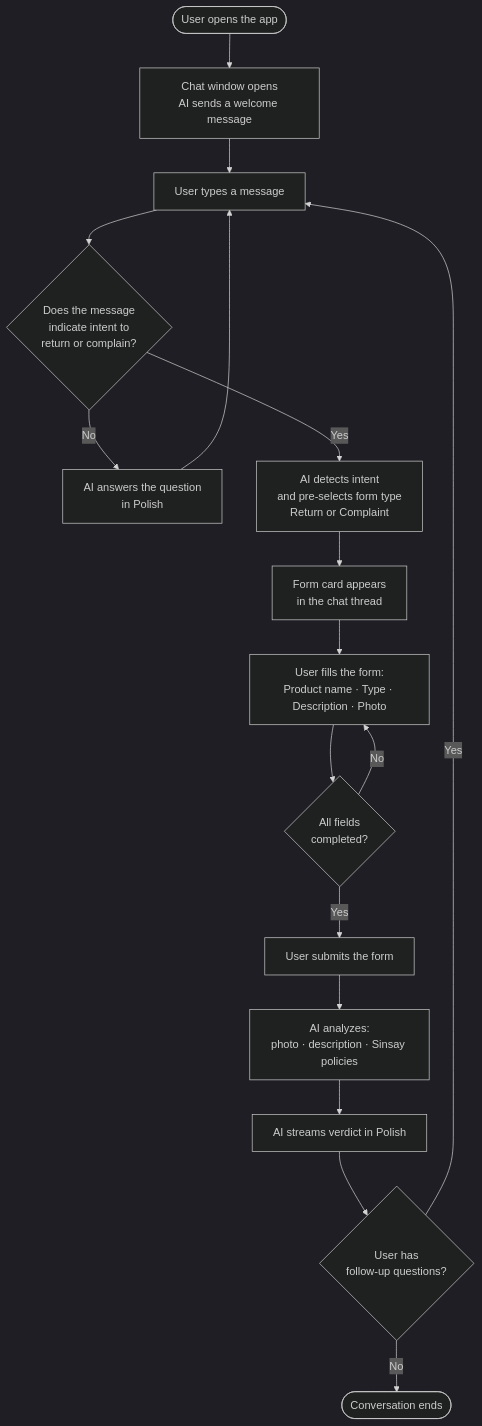
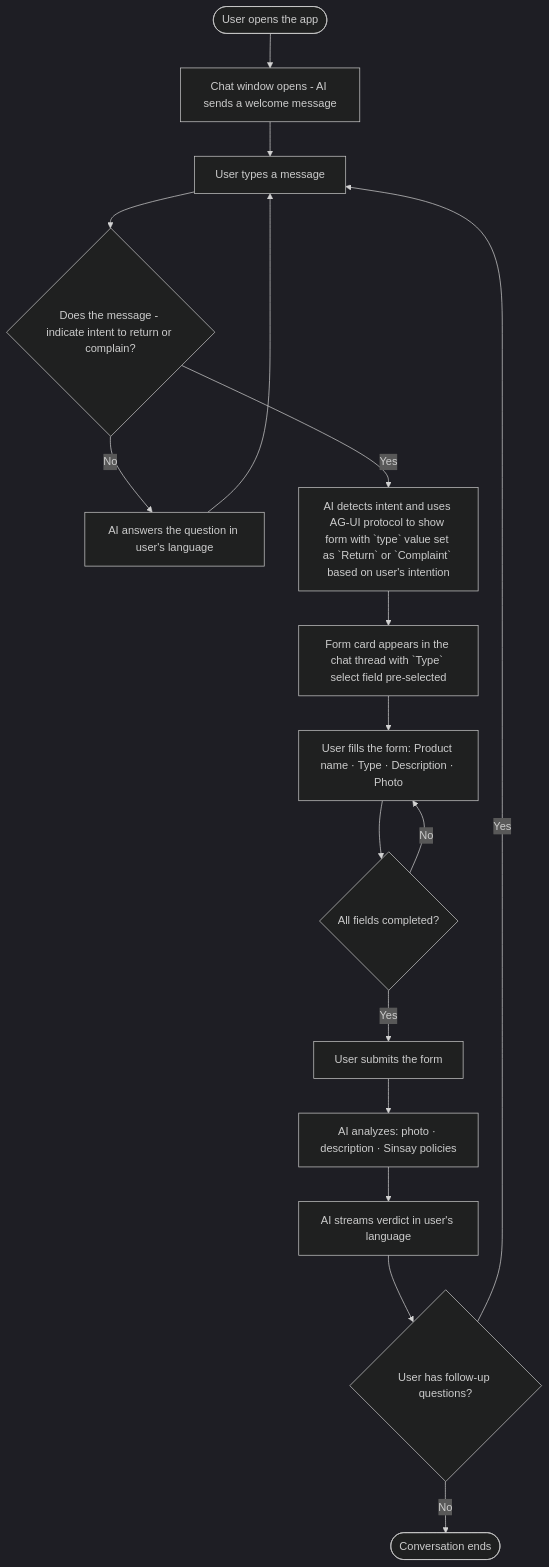
Before and after one commit to LucasMatuszewski/JSystems-SilkyCoders-1: the first of 3 diagrams in docs/PRD-Sinsay-PoC.md, drawn with Mermaid (dark theme). The commit also changed other lines of this file, not shown here.

Commit message:
PRD - fix details

````diff
--- a/docs/PRD-Sinsay-PoC.md
+++ b/docs/PRD-Sinsay-PoC.md
@@ -44,24 +44,19 @@
 ```mermaid
 flowchart TD
-    A([User opens the app]) --> B[Chat window opens\nAI sends a welcome message]
+    A([User opens the app]) --> B[Chat window opens - AI sends a welcome message]
     B --> C[User types a message]
-    C --> D{Does the message\nindicate intent to\nreturn or complain?}
-
-    D -- No --> E[AI answers the question\nin Polish]
+    C --> D{Does the message - indicate intent to return or complain?}
+    D -- No --> E[AI answers the question in user's language]
     E --> C
-
-    D -- Yes --> F[AI detects intent\nand pre-selects form type\nReturn or Complaint]
-    F --> G[Form card appears\nin the chat thread]
-
-    G --> H[User fills the form:\nProduct name · Type · Description · Photo]
-    H --> I{All fields\ncompleted?}
+    D -- Yes --> F[AI detects intent and uses AG-UI protocol to show form with `type` value set as `Return` or `Complaint` based on user's intention]
+    F --> G[Form card appears in the chat thread with `Type` select field pre-selected]
+    G --> H[User fills the form: Product name · Type · Description · Photo]
+    H --> I{All fields completed?}
     I -- No --> H
-
     I -- Yes --> J[User submits the form]
-    J --> K[AI analyzes:\nphoto · description · Sinsay policies]
-    K --> L[AI streams verdict in Polish]
-
-    L --> M{User has\nfollow-up questions?}
+    J --> K[AI analyzes: photo · description · Sinsay policies]
+    K --> L[AI streams verdict in user's language]
+    L --> M{User has follow-up questions?}
     M -- Yes --> C
     M -- No --> N([Conversation ends])
 ```
````
